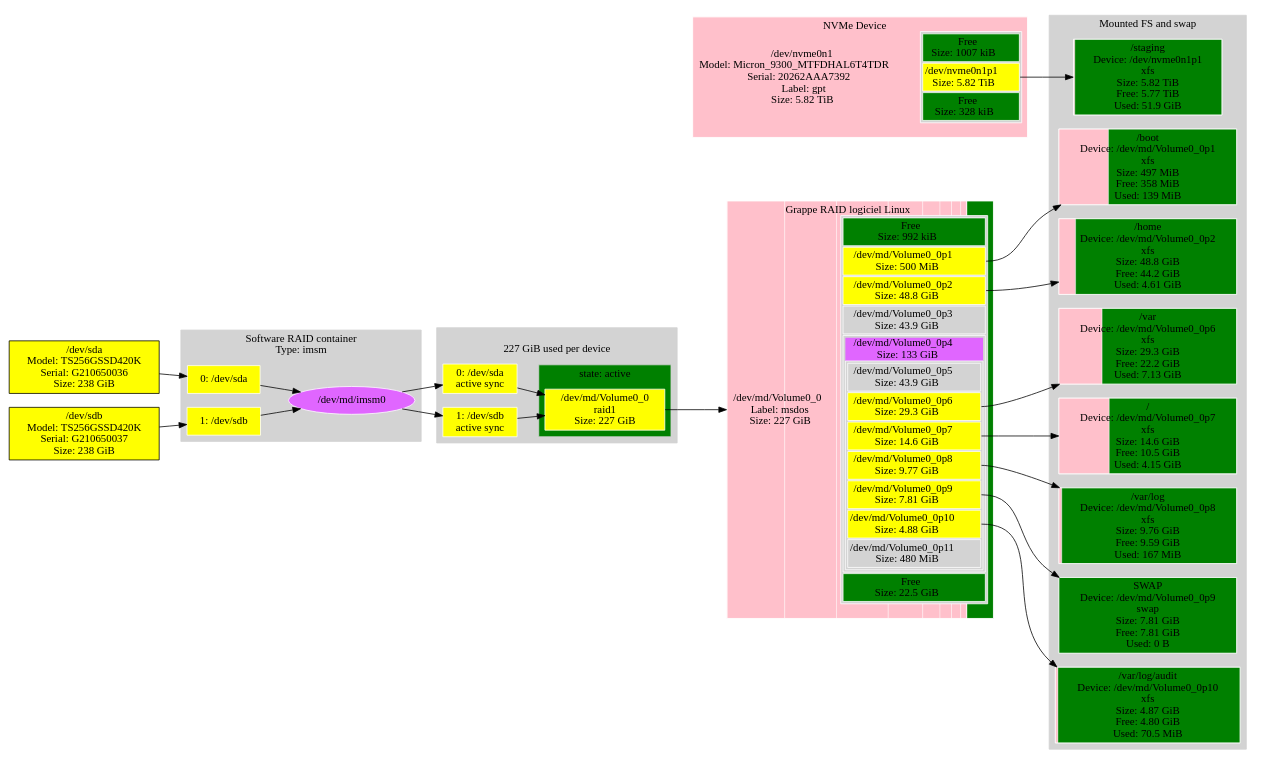
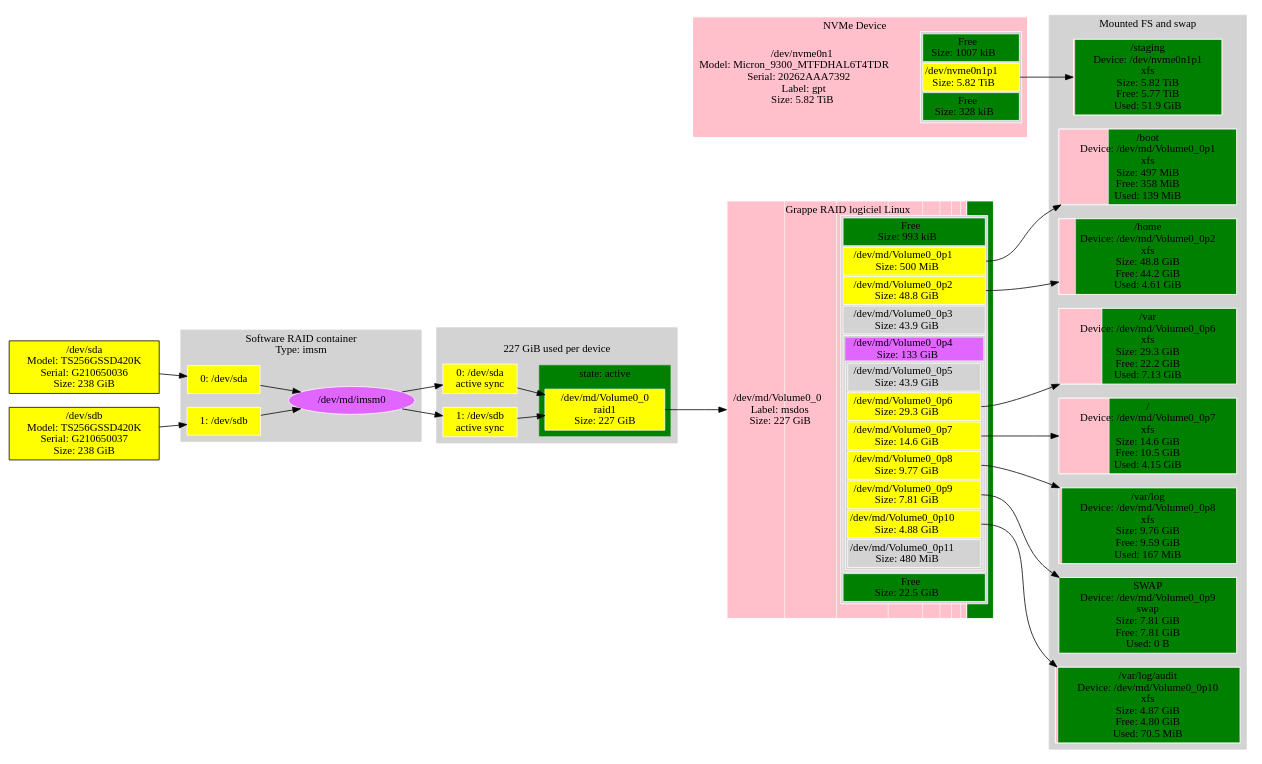
Before and after one commit to metacpan/metacpan-cpan-extracted: the diagram in distros/S/StorageDisplay/data/di138099su.ref.dot, drawn with Graphviz. The commit also changed 1252 other files, not shown here.

```diff
--- a/distros/S/StorageDisplay/data/di138099su.ref.dot
+++ b/distros/S/StorageDisplay/data/di138099su.ref.dot
@@ -6,7 +6,7 @@
 				<TABLE >
 					<TR>
 						<TD bgcolor="green">
-						Free<BR/>Size: 992 kiB
+						Free<BR/>Size: 993 kiB
 						</TD>
 					</TR>
 					<TR>
```
